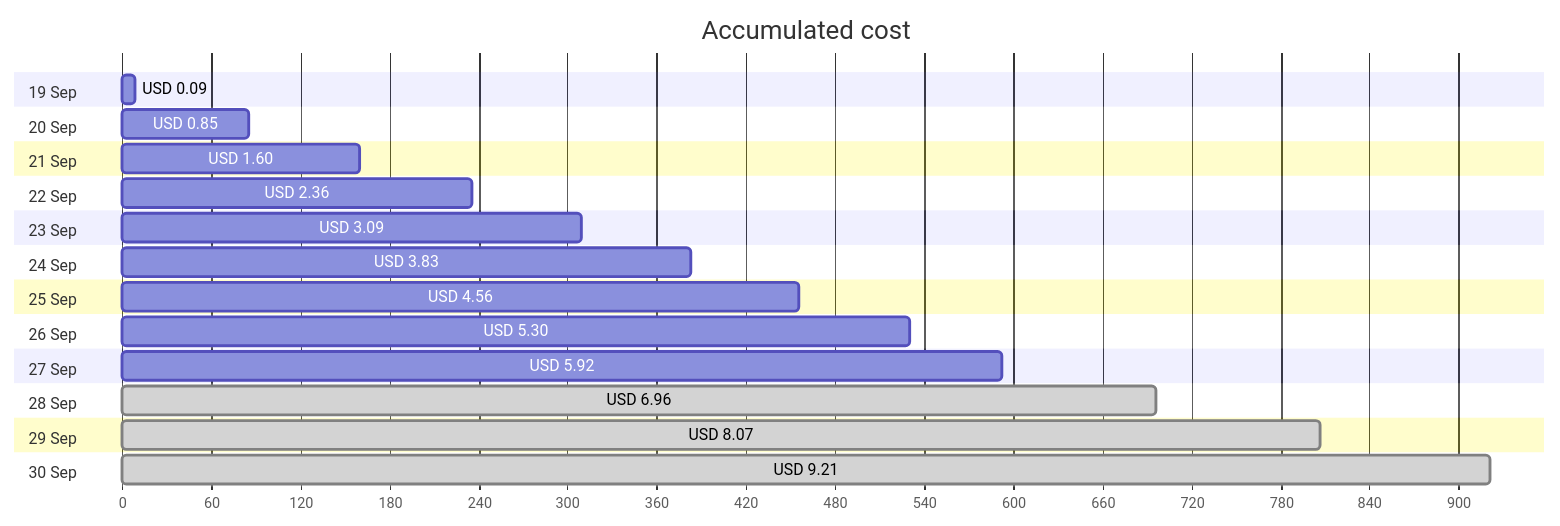
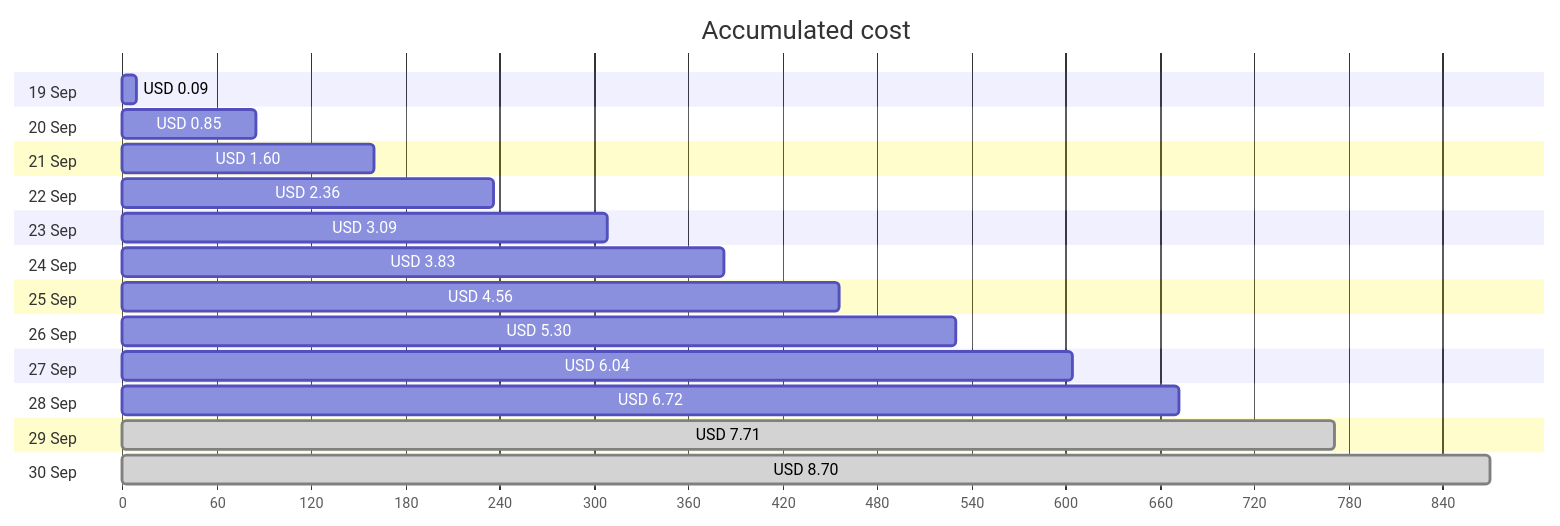
Before and after one commit to jpfulton/azure-personal-reports: the first of 4 diagrams in cost-reports/personal-network/backup-server-data-disk.md, drawn with Mermaid. The commit also changed other lines of this file and 9 other files, not shown here.

````diff
--- a/cost-reports/personal-network/backup-server-data-disk.md
+++ b/cost-reports/personal-network/backup-server-data-disk.md
@@ -20,30 +20,30 @@
 ```mermaid
 gantt
    title Accumulated cost
    dateFormat  X
    axisFormat %s
    section 19 Sep
    USD 0.09 :0, 9
    section 20 Sep
    USD 0.85 :0, 85
    section 21 Sep
    USD 1.60 :0, 160
    section 22 Sep
    USD 2.36 :0, 236
    section 23 Sep
    USD 3.09 :0, 309
    section 24 Sep
    USD 3.83 :0, 383
    section 25 Sep
    USD 4.56 :0, 456
    section 26 Sep
    USD 5.30 :0, 530
    section 27 Sep
-   USD 5.92 :0, 592
+   USD 6.04 :0, 604
    section 28 Sep
-   USD 6.96 : done, 0, 696
+   USD 6.72 :0, 672
    section 29 Sep
-   USD 8.07 : done, 0, 807
+   USD 7.71 : done, 0, 771
    section 30 Sep
-   USD 9.21 : done, 0, 921
+   USD 8.70 : done, 0, 870
 ```
````
